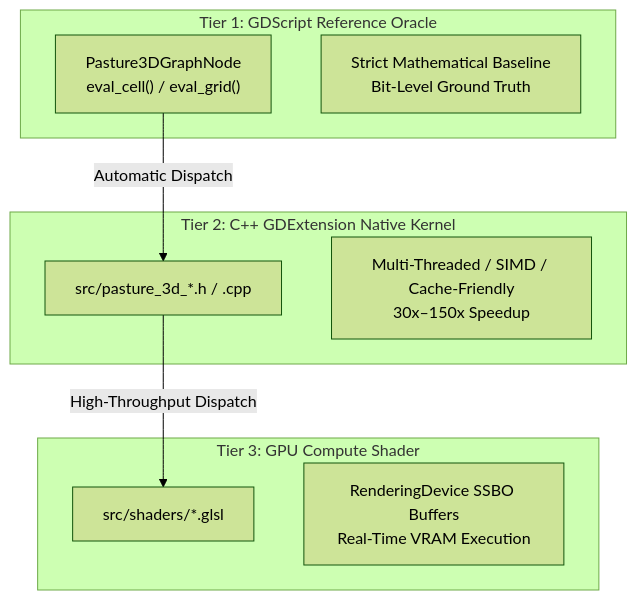
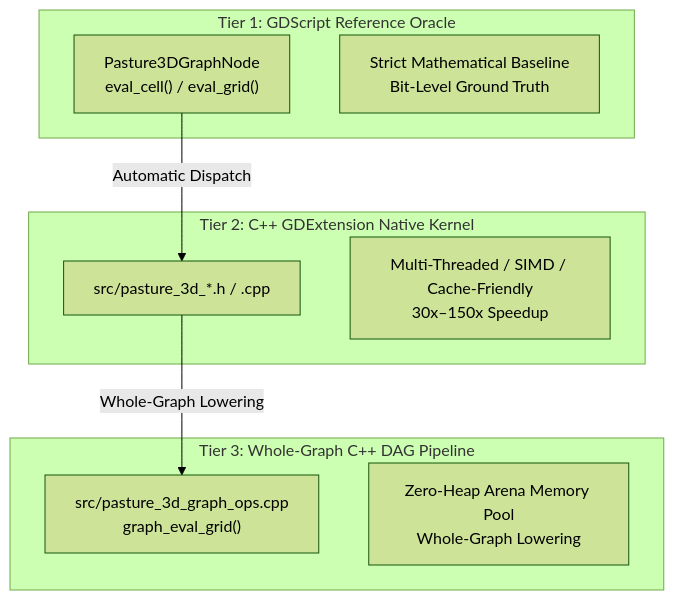
The diagram in PASTURE3D_NODE_ACCELERATION_GUIDE.md (TokisanGames/Terrain3D), drawn with Mermaid (forest theme) before and after one commit. The commit also changed other lines of this file, not shown here.

Commit message:
docs(graph): update node acceleration guide with whole-graph lowering, memory pool arena, and registry steps

````diff
--- a/PASTURE3D_NODE_ACCELERATION_GUIDE.md
+++ b/PASTURE3D_NODE_ACCELERATION_GUIDE.md
@@ -11,20 +11,20 @@
 ```mermaid
 graph TD
     subgraph "Tier 1: GDScript Reference Oracle"
         G1["Pasture3DGraphNode<br/>eval_cell() / eval_grid()"]
         G2["Strict Mathematical Baseline<br/>Bit-Level Ground Truth"]
     end
 
     subgraph "Tier 2: C++ GDExtension Native Kernel"
         C1["src/pasture_3d_*.h / .cpp"]
         C2["Multi-Threaded / SIMD / Cache-Friendly<br/>30x–150x Speedup"]
     end
 
-    subgraph "Tier 3: GPU Compute Shader"
-        S1["src/shaders/*.glsl"]
-        S2["RenderingDevice SSBO Buffers<br/>Real-Time VRAM Execution"]
+    subgraph "Tier 3: Whole-Graph C++ DAG Pipeline"
+        W1["src/pasture_3d_graph_ops.cpp<br/>graph_eval_grid()"]
+        W2["Zero-Heap Arena Memory Pool<br/>Whole-Graph Lowering"]
     end
 
     G1 -->|Automatic Dispatch| C1
-    C1 -->|High-Throughput Dispatch| S1
+    C1 -->|Whole-Graph Lowering| W1
 ```
````
